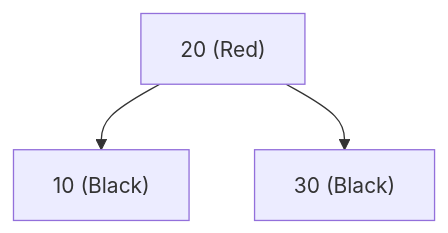
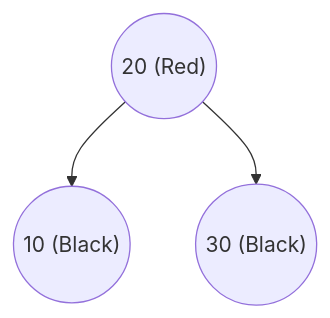
The fifth of 31 diagrams in docs/data-structure-and-algorithms/data-structures/tree/search-tree/self-balancing-bst/red-black.md (imdeepmind/imdeepmind.github.io), drawn with Mermaid before and after one commit. The commit also changed other lines of this file, not shown here.

Commit message:
docs(tree): IMDEEPMIND-32: added docs for red black tree

````diff
--- a/docs/data-structure-and-algorithms/data-structures/tree/search-tree/self-balancing-bst/red-black.md
+++ b/docs/data-structure-and-algorithms/data-structures/tree/search-tree/self-balancing-bst/red-black.md
@@ -100,6 +106,6 @@
 ```mermaid
 graph TD
-    A["20 (Red)"]
-    A --> B["10 (Black)"]
-    A --> C["30 (Black)"]
+    A(("20 (Red)"))
+    A --> B(("10 (Black)"))
+    A --> C(("30 (Black)"))
 ```
````
